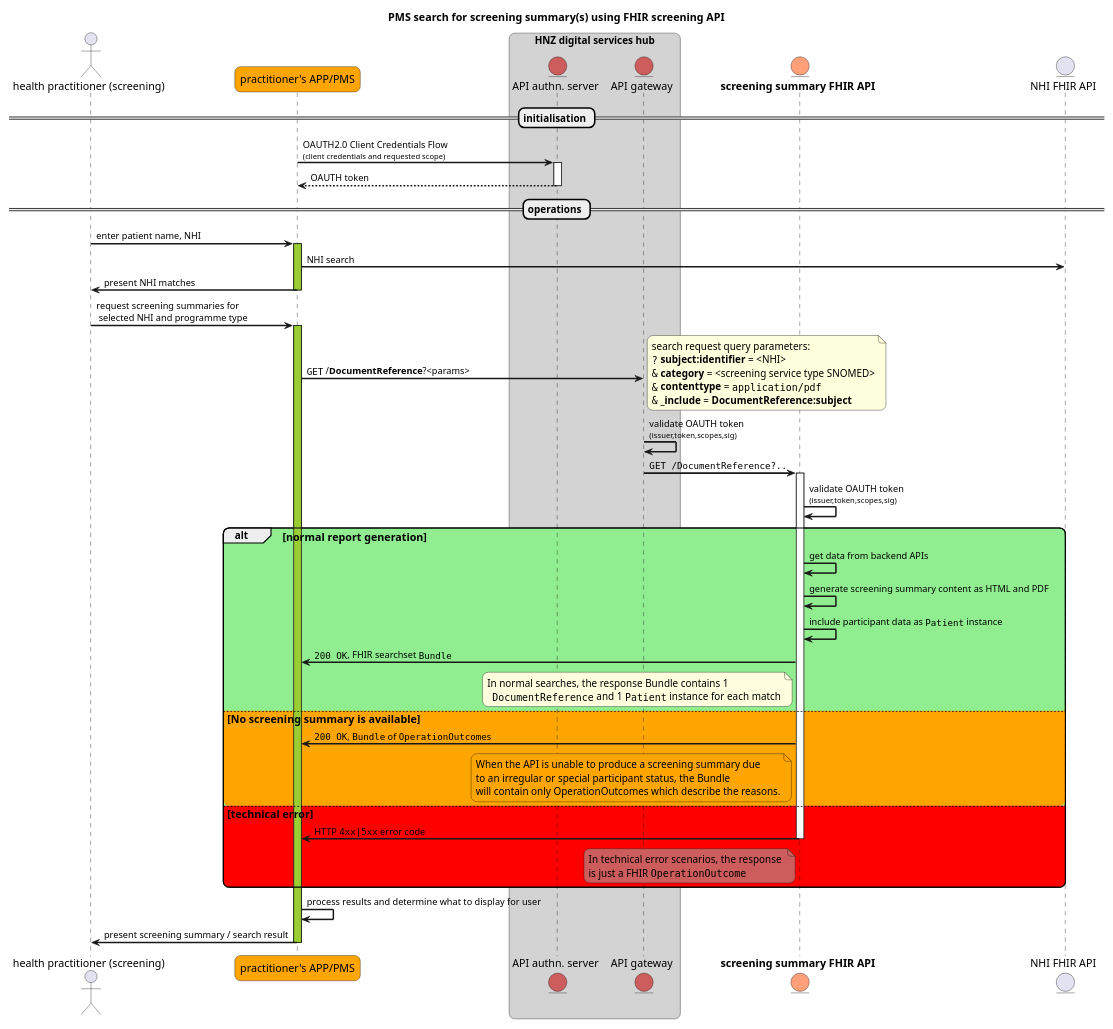
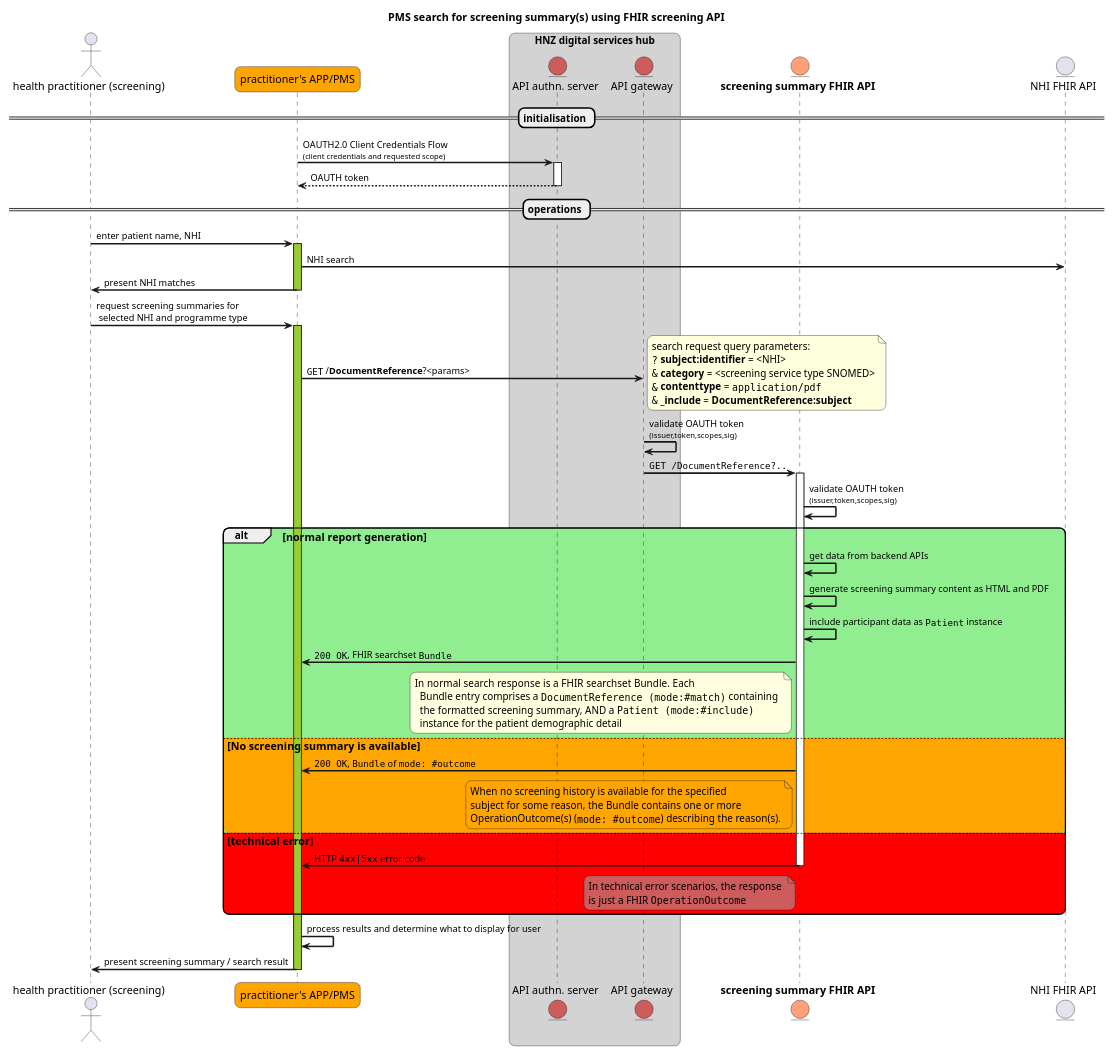
The diagram in input/images-source/seq-fhir-screening-API.plantuml (tewhatuora/fhir-screening), drawn with PlantUML before and after one commit. The commit also changed 20 other files, not shown here.

Commit message:
revised API to _include instead of using contained Patient

```diff
--- a/input/images-source/seq-fhir-screening-API.plantuml
+++ b/input/images-source/seq-fhir-screening-API.plantuml
@@ -1,135 +1,137 @@
 @startuml seq-fhir-screening-API
 
 autonumber "<b> 00"
 
 skinparam ArrowFontSize 16
 skinparam BoxPadding 10
 skinparam dpi 400
 skinparam MaxMessageSize 350
 skinparam NoteFontSize 13
 skinparam ParticipantPadding 5
 skinparam responseMessageBelowArrow true
 skinparam roundcorner 15
 skinparam sequenceArrowThickness 2
 skinparam SequenceMessageAlignment left
 skinparam ArrowFontSize 12
 skinparam sequenceStyle uml2
 skinparam sequencegroupfontsize 14
 ' semi-transparent sequence groups!
 ' see https://sarafian.github.io/tips/2021/03/11/plantuml-tips-tricks-1.html#:~:text=responseMessageBelowArrow-,Semi,-transparent%20group%20backgrounds
 skinparam SequenceGroupBodyBackgroundColor #EEEEFF50
 
 
 scale max 400 width
 scale 300*500
 
 actor "health practitioner (screening)" as USER
 participant "practitioner's APP/PMS" as APIC #Orange
 
 box "HNZ digital services hub" #LightGrey
   entity "API authn. server" as ROSIE #IndianRed
   entity "API gateway" as APIG #IndianRed
 end box
 
 entity "**screening summary FHIR API**" as FHIR #LightSalmon
 entity "NHI FHIR API" as NHI
 
 autonumber stop
 
 title "PMS search for screening summary(s) using FHIR screening API"
 
 == initialisation ==
 
 APIC -> ROSIE++: OAUTH2.0 Client Credentials Flow\n<size:10>(client credentials and requested scope)</size>
 return OAUTH token
 
 == operations ==
 
 USER -> APIC++ #YellowGreen: enter patient name, NHI
 APIC -> NHI: NHI search
 APIC -> USER--: present NHI matches
 
 USER -> APIC++ #YellowGreen: request screening summaries for\n selected NHI and programme type 
 
 APIC -> APIG: ""GET"" /**DocumentReference**?<params>
 note right
   search request query parameters:
   ""?"" **subject:identifier** = <NHI>
   ""&"" **category** = <screening service type SNOMED>
   ""&"" **contenttype** = ""application/pdf""
   ""&"" **_include** = **DocumentReference:subject**
 end note
 APIG -> APIG: validate OAUTH token\n<size:10>(issuer,token,scopes,sig)</size>
 APIG -> FHIR++: ""GET /DocumentReference?..""
 FHIR -> FHIR: validate OAUTH token\n<size:10>(issuer,token,scopes,sig)</size>
 alt #LightGreen normal report generation
 FHIR -> FHIR: get data from backend APIs
 FHIR -> FHIR: generate screening summary content as HTML and PDF
 FHIR -> FHIR: include participant data as ""Patient"" instance
 FHIR -> APIC: ""200 OK"", FHIR searchset ""Bundle"" 
   note left of FHIR #LightYellow
-    In normal searches, the response Bundle contains 1
-      ""DocumentReference"" and 1 ""Patient"" instance for each match
+    In normal search response is a FHIR searchset Bundle.  Each
+      Bundle entry comprises a ""DocumentReference (mode:#match)"" containing 
+      the formatted screening summary, AND a ""Patient (mode:#include)"" 
+      instance for the patient demographic detail
   end note
 
 else #Orange No screening summary is available 
-FHIR -> APIC: ""200 OK"", ""Bundle"" of ""OperationOutcome""s
+FHIR -> APIC: ""200 OK"", ""Bundle"" of ""mode: #outcome""
   note left of FHIR #Orange
-    When the API is unable to produce a screening summary due 
-    to an irregular or special participant status, the Bundle 
-    will contain only OperationOutcomes which describe the reasons.
+    When no screening history is available for the specified 
+    subject for some reason, the Bundle contains one or more
+    OperationOutcome(s) (""mode: #outcome"") describing the reason(s).
     end note
 else #Red technical error
   FHIR -> APIC--: HTTP ""4xx|5xx"" error code
   note left of FHIR #IndianRed
     In technical error scenarios, the response 
     is just a FHIR ""OperationOutcome""
   end note
 end
 
 APIC -> APIC: process results and determine what to display for user 
 
 APIC -> USER--: present screening summary / search result
 
 
 ' newpage PMS retrieve a specific version of a patient's screening history using FHIR screening API (2 of 2)
 
 ' actor "health practitioner (screening)" as USER
 ' participant "practitioner's APP/PMS" as APIC #Orange
 
 ' box "HNZ digital services hub" #LightGrey
 '   entity "API authn. server" as ROSIE #IndianRed
 '   entity "API gateway" as APIG #IndianRed
 ' end box
 
 ' entity "**screening summary FHIR API**" as FHIR #LightSalmon
 ' entity "NHI FHIR API" as NHI
 
 ' autonumber stop
 
 ' APIC -> ROSIE++: OAUTH2.0 Client Credentials Flow\n<size:10>(client credentials and requested scope)</size>
 ' return OAUTH token
 
 ' USER -> APIC++ #YellowGreen: request specific version of a patient\n cervical screening summary doc
 
 ' note right of APIC #LightYellow
 '   The app may request a DocumentReference instance by specific logical identifier 
 '   as returned by an earlier screening summary search interaction.
 ' end note
 
 ' APIC -> APIG: ""GET"" /**DocumentReference/{logical instance identifier}**
 ' APIG -> APIG: validate OAUTH token\n<size:10>(issuer,token,scopes,sig)</size>
 ' APIG -> FHIR++: ""GET /DocumentReference/..""
 ' FHIR -> FHIR: validate OAUTH token\n<size:10>(issuer,token,scopes,sig)</size>
 ' alt #LightGreen normal report generation
 ' FHIR -> FHIR: generate/retrieve screening summary
 ' FHIR -> APIC: ""200 OK"", one specific FHIR ""DocumentReference"" instance
 ' else #Orange instance doesn't exist
 ' FHIR -> APIC: ""404 NOT FOUND""
 ' else #Red technical error
 ' FHIR -> APIC: HTTP ""4xx|5xx"" error code, FHIR ""OperationOutcome""
 ' end
 
 ' APIC -> USER: present screening summary / search result
 
 @enduml
```
